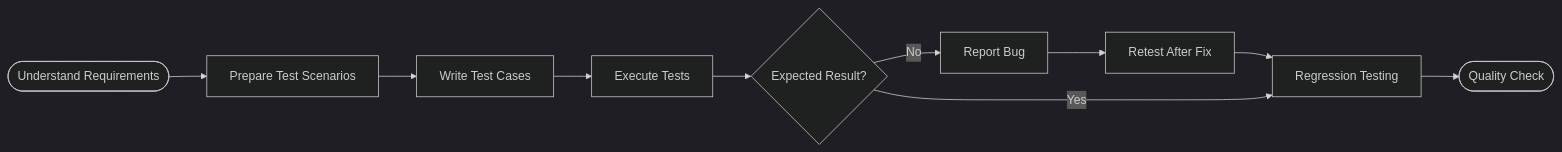
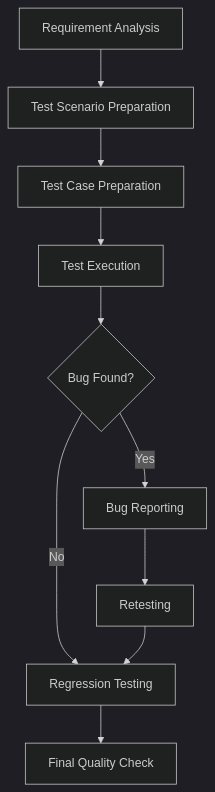
One commit to ManjulaSwami/ManjulaSwami changed the diagram in README.md. Above: the diagram before and after it, drawn with Mermaid (dark theme). The commit also changed other lines of this file, not shown here.

````diff
--- a/README.md
+++ b/README.md
@@ -52,12 +51,12 @@
 ```mermaid
-flowchart LR
-    A([Understand Requirements]) --> B[Prepare Test Scenarios]
-    B --> C[Write Test Cases]
-    C --> D[Execute Tests]
-    D --> E{Expected Result?}
-    E -->|No| F[Report Bug]
-    F --> G[Retest After Fix]
-    G --> H[Regression Testing]
-    E -->|Yes| H
-    H --> I([Quality Check])
+flowchart TD
+    A[Requirement Analysis] --> B[Test Scenario Preparation]
+    B --> C[Test Case Preparation]
+    C --> D[Test Execution]
+    D --> E{Bug Found?}
+    E -->|Yes| F[Bug Reporting]
+    F --> G[Retesting]
+    E -->|No| H[Regression Testing]
+    G --> H
+    H --> I[Final Quality Check]
 ```
````
